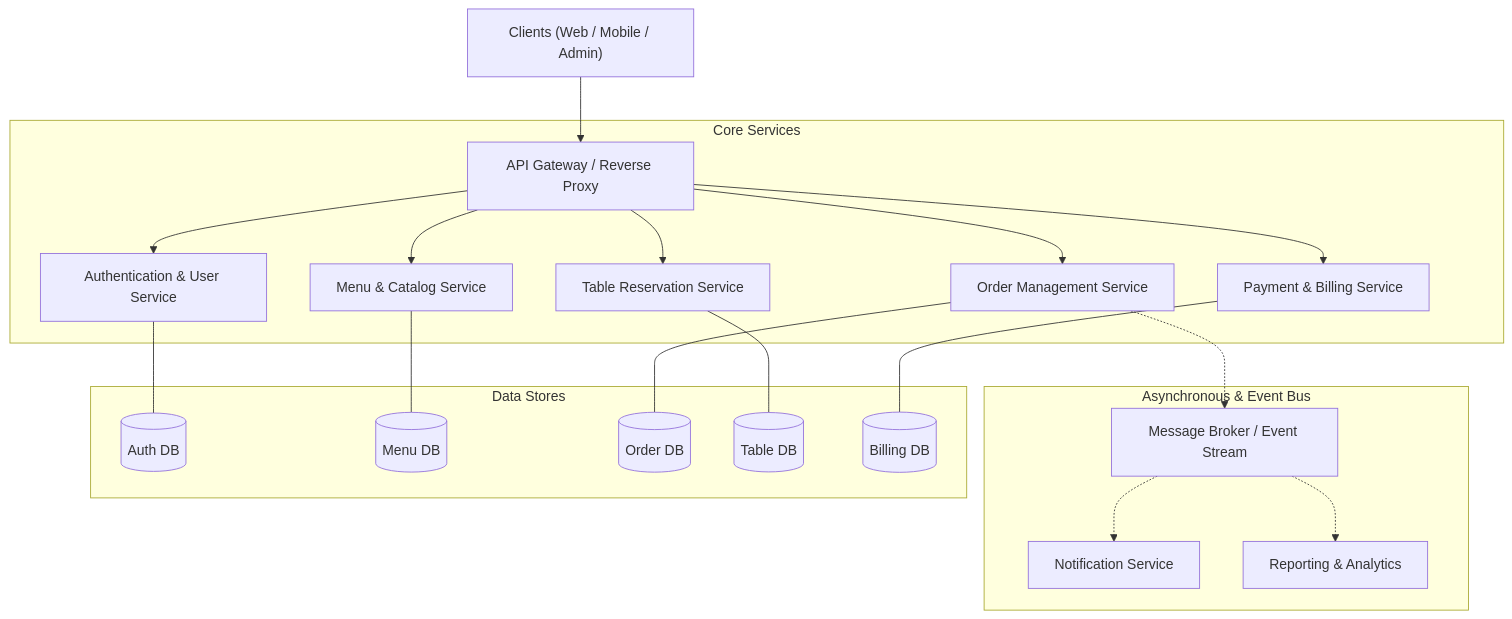
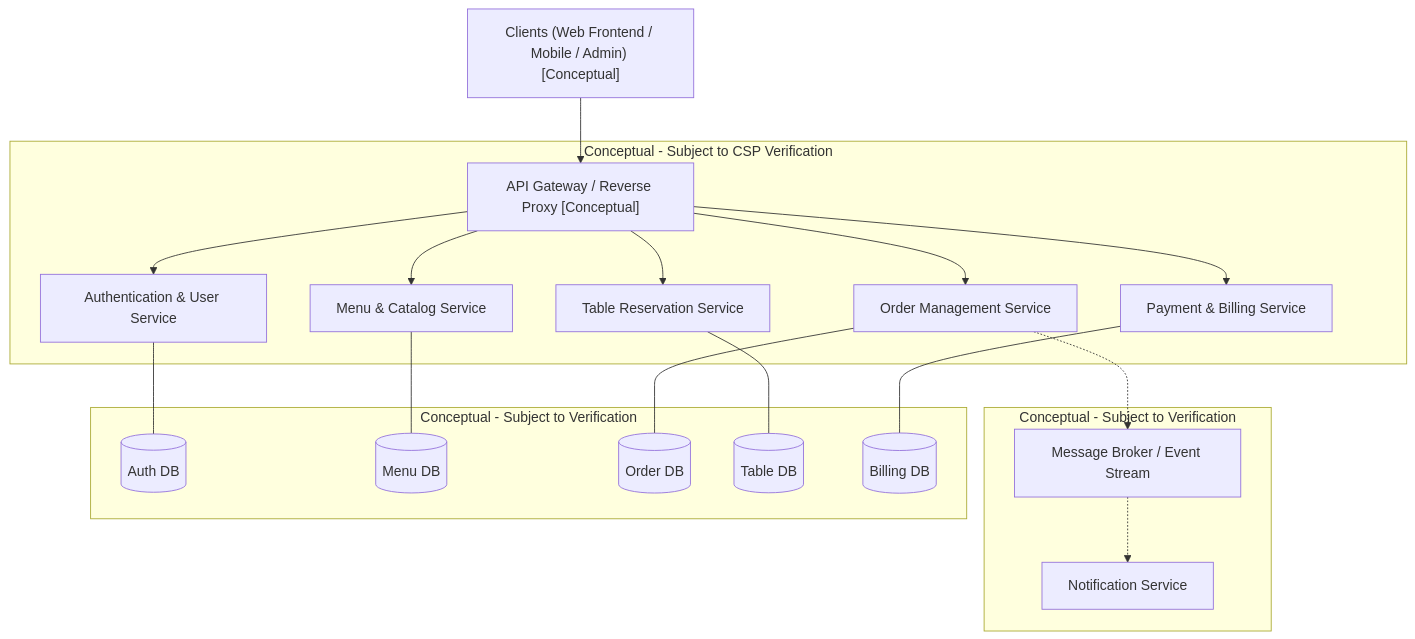
Before and after one commit to Smart-Restaurant-Management-System1/Cinnamon-Bistro-SE3112-Test-Automation: the first of 2 diagrams in docs/architecture.md, drawn with Mermaid. The commit also changed other lines of this file and 3 other files, not shown here.

````diff
--- a/docs/architecture.md
+++ b/docs/architecture.md
@@ -15,26 +19,25 @@
 ```mermaid
 flowchart TD
-    Client["Clients (Web / Mobile / Admin)"] --> Gateway["API Gateway / Reverse Proxy"]
+    Client["Clients (Web Frontend / Mobile / Admin) [Conceptual]"] --> Gateway["API Gateway / Reverse Proxy [Conceptual]"]
     
-    subgraph Core Services
+    subgraph Core Services [Conceptual - Subject to CSP Verification]
         Gateway --> Auth["Authentication & User Service"]
         Gateway --> Menu["Menu & Catalog Service"]
         Gateway --> Order["Order Management Service"]
         Gateway --> Table["Table Reservation Service"]
         Gateway --> Billing["Payment & Billing Service"]
     end
 
-    subgraph Asynchronous & Event Bus
+    subgraph Asynchronous Infrastructure [Conceptual - Subject to Verification]
         Order -.-> Broker["Message Broker / Event Stream"]
         Broker -.-> Notification["Notification Service"]
-        Broker -.-> Analytics["Reporting & Analytics"]
     end
 
-    subgraph Data Stores
+    subgraph Data Layer [Conceptual - Subject to Verification]
         Auth --- AuthDB[("Auth DB")]
         Menu --- MenuDB[("Menu DB")]
         Order --- OrderDB[("Order DB")]
         Table --- TableDB[("Table DB")]
         Billing --- BillingDB[("Billing DB")]
     end
 ```
````
